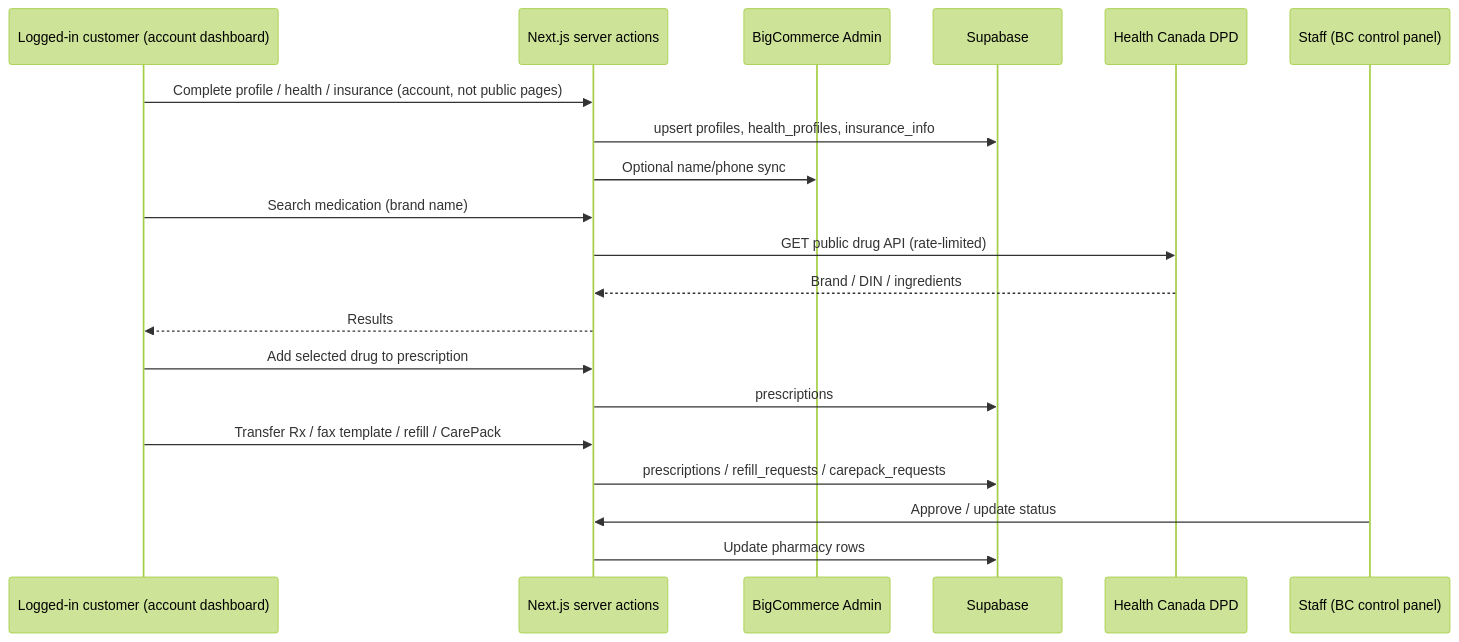
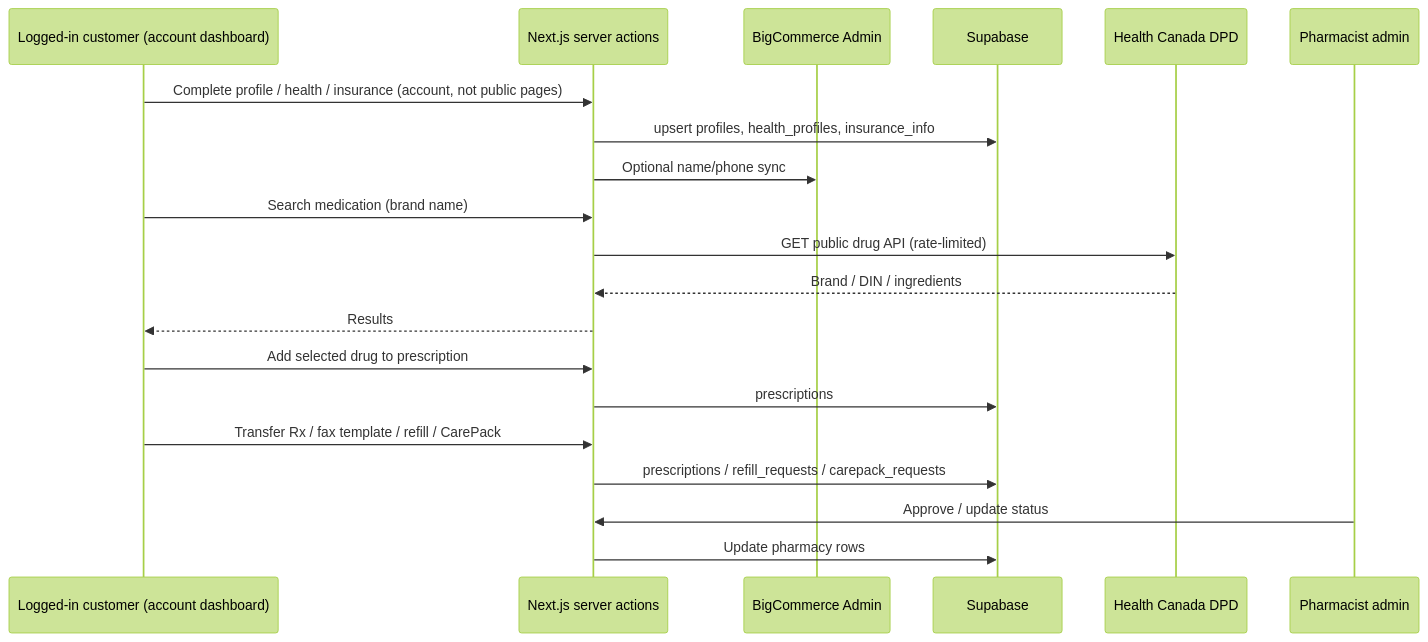
Before and after one commit to lolo19950603/liivv-test-catalyst-app: the fourth of 5 diagrams in docs/Liivv-Architecture.md, drawn with Mermaid (forest theme). The commit also changed other lines of this file and 100 other files, not shown here.

````diff
--- a/docs/Liivv-Architecture.md
+++ b/docs/Liivv-Architecture.md
@@ -388,26 +481,26 @@
 ```mermaid
 sequenceDiagram
   participant U as Logged-in customer (account dashboard)
   participant N as Next.js server actions
   participant BC as BigCommerce Admin
   participant SB as Supabase
   participant DPD as Health Canada DPD
 
   U->>N: Complete profile / health / insurance (account, not public pages)
   N->>SB: upsert profiles, health_profiles, insurance_info
   N->>BC: Optional name/phone sync
 
   U->>N: Search medication (brand name)
   N->>DPD: GET public drug API (rate-limited)
   DPD-->>N: Brand / DIN / ingredients
   N-->>U: Results
   U->>N: Add selected drug to prescription
   N->>SB: prescriptions
 
   U->>N: Transfer Rx / fax template / refill / CarePack
   N->>SB: prescriptions / refill_requests / carepack_requests
 
-  participant Staff as Staff (BC control panel)
-  Staff->>N: Approve / update status
+  participant Pharmacist as Pharmacist admin
+  Pharmacist->>N: Approve / update status
   N->>SB: Update pharmacy rows
 ```
````
